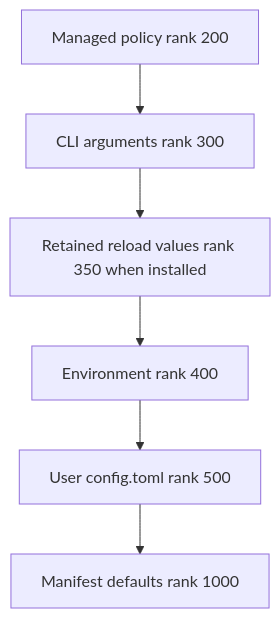
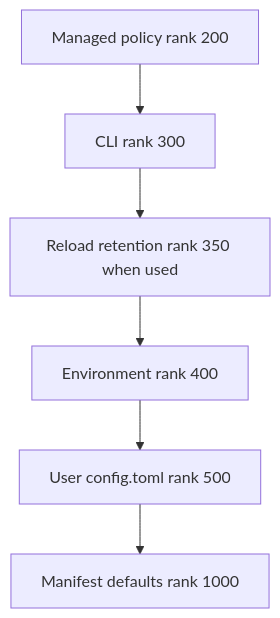
Before and after one commit to langchain-ai/deepagents: the first of 3 diagrams in openwiki/concepts/config-layering.md, drawn with Mermaid. The commit also changed other lines of this file and 67 other files, not shown here.

````diff
--- a/openwiki/concepts/config-layering.md
+++ b/openwiki/concepts/config-layering.md
@@ -49,8 +55,8 @@
 ```mermaid
 flowchart TD
-    M["Managed policy rank 200"] --> C["CLI arguments rank 300"]
-    C --> R["Retained reload values rank 350 when installed"]
+    M["Managed policy rank 200"] --> C["CLI rank 300"]
+    C --> R["Reload retention rank 350 when used"]
     R --> E["Environment rank 400"]
     E --> U["User config.toml rank 500"]
     U --> D["Manifest defaults rank 1000"]
 ```
````
